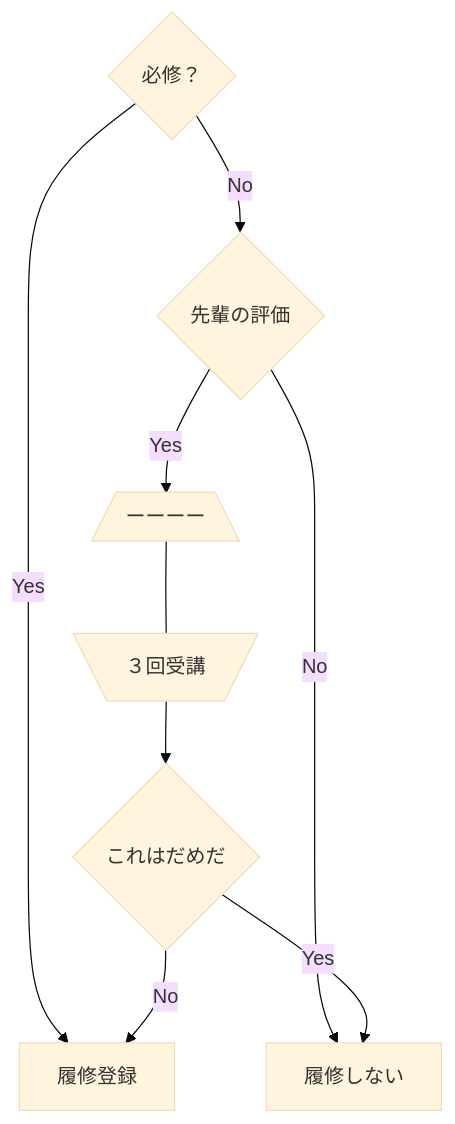
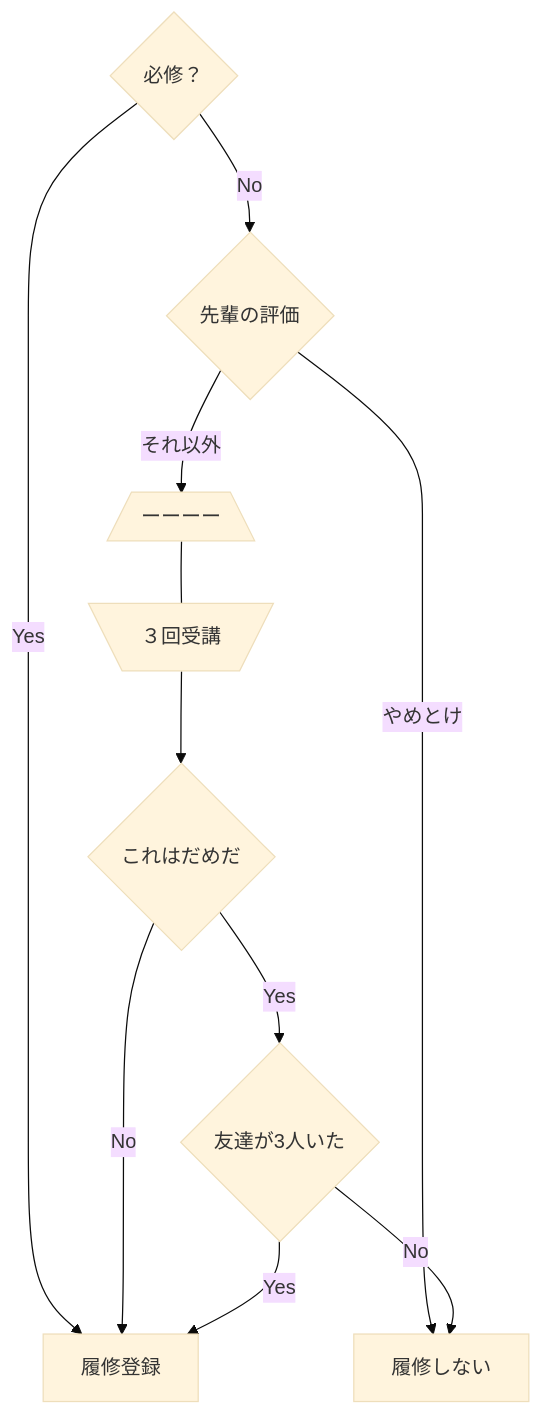
Before and after one commit to SekigutiTakumi/zuka08kadai: the diagram in README.md, drawn with Mermaid (base theme).

````diff
--- a/README.md
+++ b/README.md
@@ -1,23 +1,25 @@
 ```mermaid
 
 flowchart TD
 
 hisshu{"必修？"}
 senpai{"先輩の評価"}
 loop[/"ーーーー"\]
 loopend[\"３回受講"/]
 dameda{"これはだめだ"}
+tomodati{"友達が3人いた"}
 
 rishu["履修登録"]
 pass["履修しない"]
 
 hisshu -->|Yes| rishu
 hisshu -->|No| senpai
-senpai -->|Yes| loop
-senpai -->|No| pass
+senpai -->|"それ以外"| loop
+senpai -->|"やめとけ"| pass
 loop --- loopend
 loopend --> dameda
-dameda -->|Yes| pass
+dameda -->|Yes| tomodati
 dameda -->|No| rishu
-
+tomodati --> |Yes| rishu
+tomodati --> |No| pass
 ```
````
